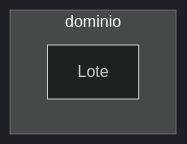
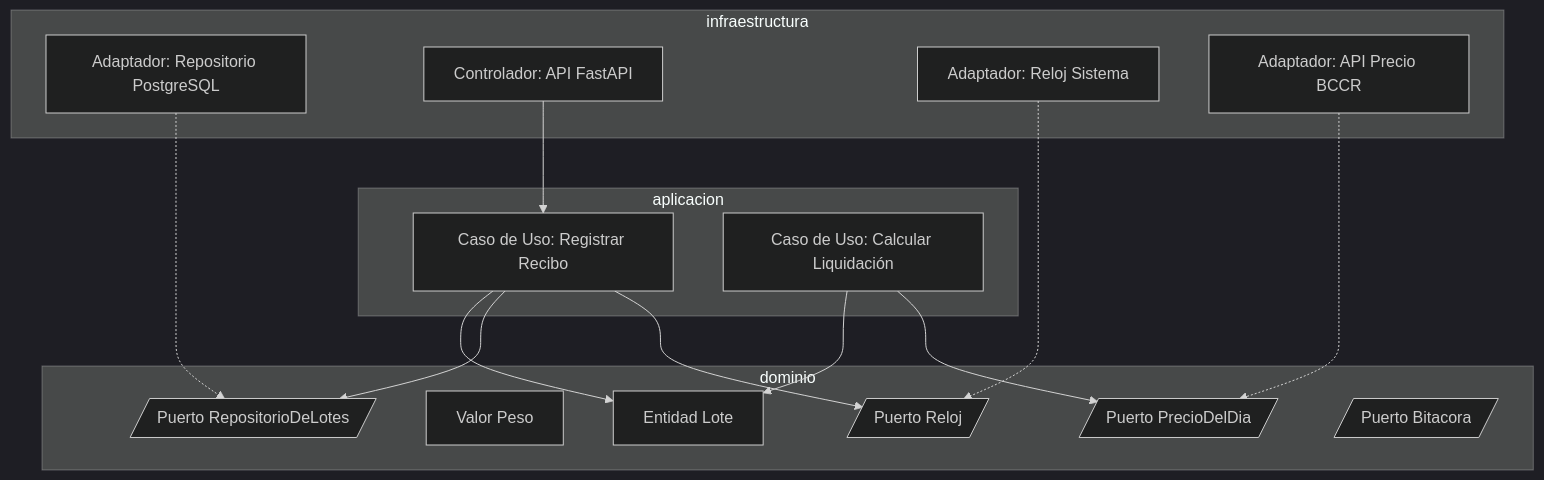
The diagram in diagramas/etapa3-componentes.mmd (Andr3sCamp0s/TallerDisenno1), drawn with Mermaid (dark theme) before and after one commit. The commit also changed 9 other files, not shown here.

```diff
--- a/diagramas/etapa3-componentes.mmd
+++ b/diagramas/etapa3-componentes.mmd
@@ -1,31 +1,59 @@
 %% Etapa 3 · Componentes y dirección de las dependencias
-%% PLANTILLA-SIN-RESOLVER  ← borre esta línea cuando este dibujo sea suyo
 %% ·
 %% Reglas que el marcador verifica:
 %%   · Tres subgrafos, con estos nombres:  dominio, aplicacion, infraestructura
 %%   · CERO flechas que salgan de dominio hacia infraestructura
 %%   · CERO flechas que salgan de dominio hacia aplicacion
 %%   · Al menos dos componentes en cada subgrafo
 %%   · Los puertos que declaró en cafetrace/dominio/puertos.py aparecen aquí
 %% ·
 %% Esta es la lámina donde se ve si entendió la inversión de dependencias:
 %% las flechas apuntan HACIA el dominio, nunca desde él.
 %% ·
 %% Así se escribe (el contenido es suyo):
 %% ·
 %%     flowchart TD
 %%         subgraph dominio[dominio]
 %%             cosa[Una entidad]
 %%             puerto[/UnPuerto/]
 %%         end
 %%         subgraph infraestructura[infraestructura]
 %%             adaptador[Quien lo implementa]
 %%         end
 %%         adaptador -.implementa.-> puerto
 %% ·
 %% Dibújelo primero a mano. La foto va en BOSQUEJOS/etapa3.jpg.
 
 flowchart TD
     subgraph dominio[dominio]
-        lote[Lote]
+        Lote[Entidad Lote]
+        Peso[Valor Peso]
+        RepositorioDeLotes[/Puerto RepositorioDeLotes/]
+        Reloj[/Puerto Reloj/]
+        PrecioDelDia[/Puerto PrecioDelDia/]
+        Bitacora[/Puerto Bitacora/]
     end
+
+    subgraph aplicacion[aplicacion]
+        CasoRecibo[Caso de Uso: Registrar Recibo]
+        CasoLiquidacion[Caso de Uso: Calcular Liquidación]
+    end
+
+    subgraph infraestructura[infraestructura]
+        AdaptadorDB[Adaptador: Repositorio PostgreSQL]
+        ControladorAPI[Controlador: API FastAPI]
+        AdaptadorReloj[Adaptador: Reloj Sistema]
+        AdaptadorPrecio[Adaptador: API Precio BCCR]
+    end
+
+    %% Dirección de las dependencias: NINGUNA sale de dominio
+    CasoRecibo --> Lote
+    CasoRecibo --> RepositorioDeLotes
+    CasoRecibo --> Reloj
+    CasoLiquidacion --> Lote
+    CasoLiquidacion --> PrecioDelDia
+
+    AdaptadorDB -.-> RepositorioDeLotes
+    AdaptadorReloj -.-> Reloj
+    AdaptadorPrecio -.-> PrecioDelDia
+    ControladorAPI --> CasoRecibo
```
